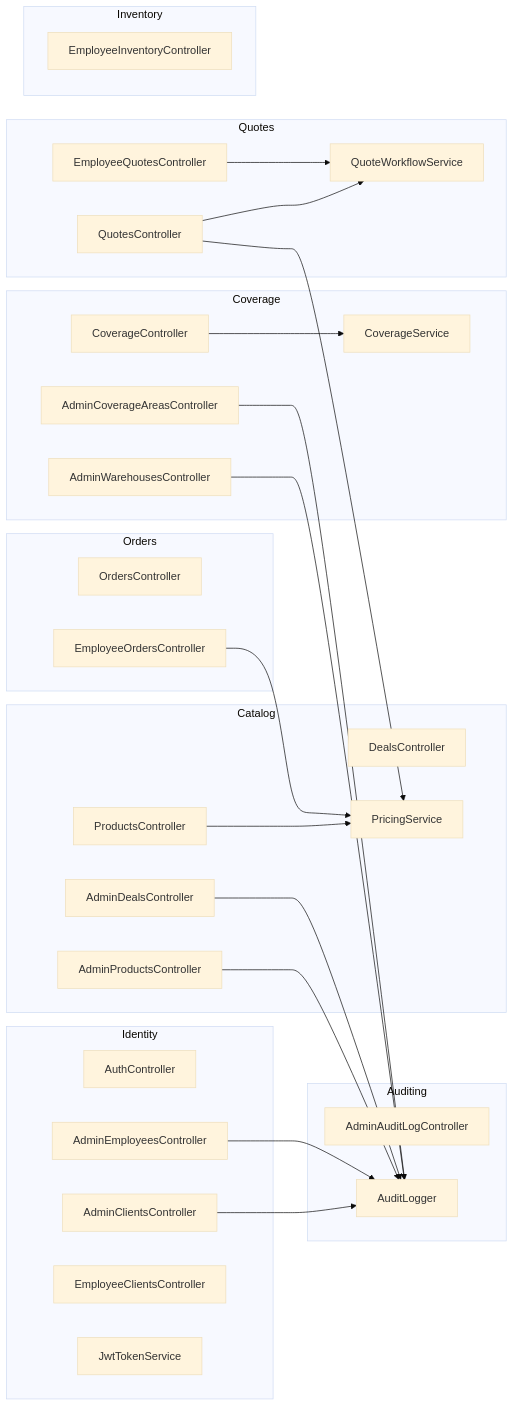
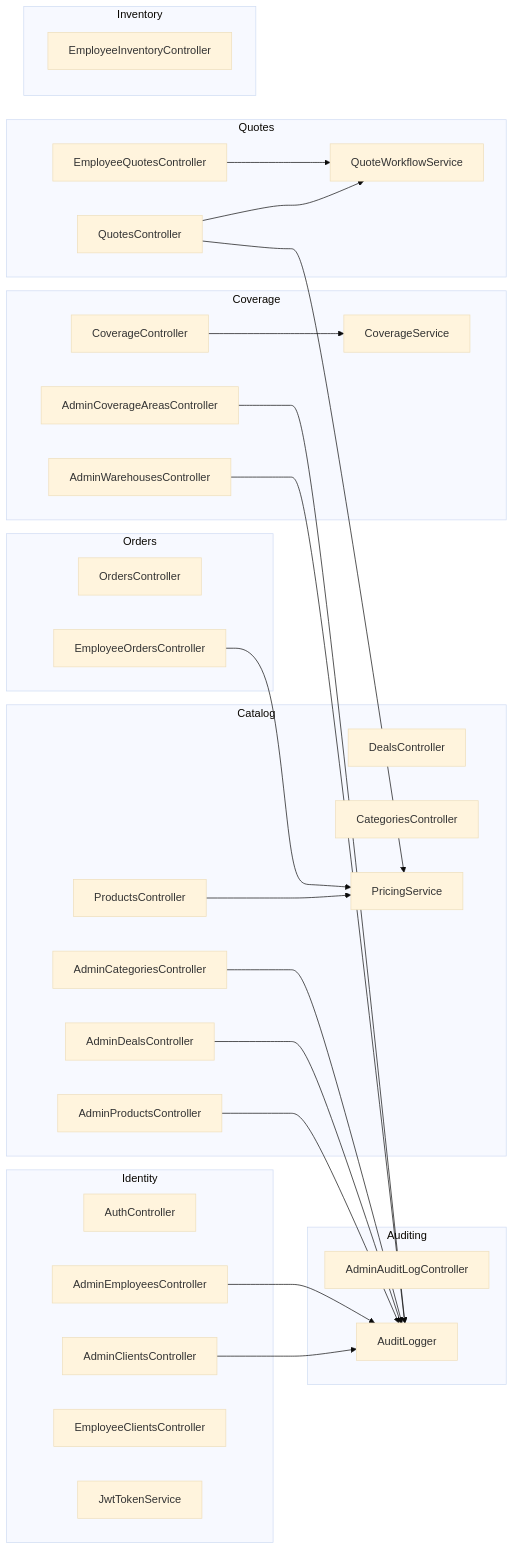
One commit to GucciVanin/MarviWebsite changed the third of 12 diagrams in architecture.md. Above: the diagram before and after it, drawn with Mermaid (base theme). The commit also changed other lines of this file and 80 other files, not shown here.

````diff
--- a/architecture.md
+++ b/architecture.md
@@ -99,44 +99,46 @@
 ```mermaid
 flowchart LR
     subgraph Identity
         I1[AuthController]
         I2[AdminClientsController]
         I3[AdminEmployeesController]
         I4[EmployeeClientsController]
         I5[JwtTokenService]
     end
     subgraph Catalog
         C1[ProductsController]
         C2[DealsController]
         C3[AdminProductsController]
         C4[AdminDealsController]
+        C6[CategoriesController]
+        C7[AdminCategoriesController]
         C5[PricingService]
     end
     subgraph Coverage
         V1[CoverageController]
         V2[AdminWarehousesController]
         V3[AdminCoverageAreasController]
         V4[CoverageService]
     end
     subgraph Quotes
         Q1[QuotesController]
         Q2[EmployeeQuotesController]
         Q3[QuoteWorkflowService]
     end
     subgraph Orders
         O1[OrdersController]
         O2[EmployeeOrdersController]
     end
     subgraph Inventory
         N1[EmployeeInventoryController]
     end
     subgraph Auditing
         A1[AdminAuditLogController]
         A2[AuditLogger]
     end
 
     C1 & O2 & Q1 --> C5
     Q1 & Q2 --> Q3
     V1 --> V4
-    I2 & I3 & C3 & C4 & V2 & V3 --> A2
+    I2 & I3 & C3 & C4 & C7 & V2 & V3 --> A2
 ```
````
